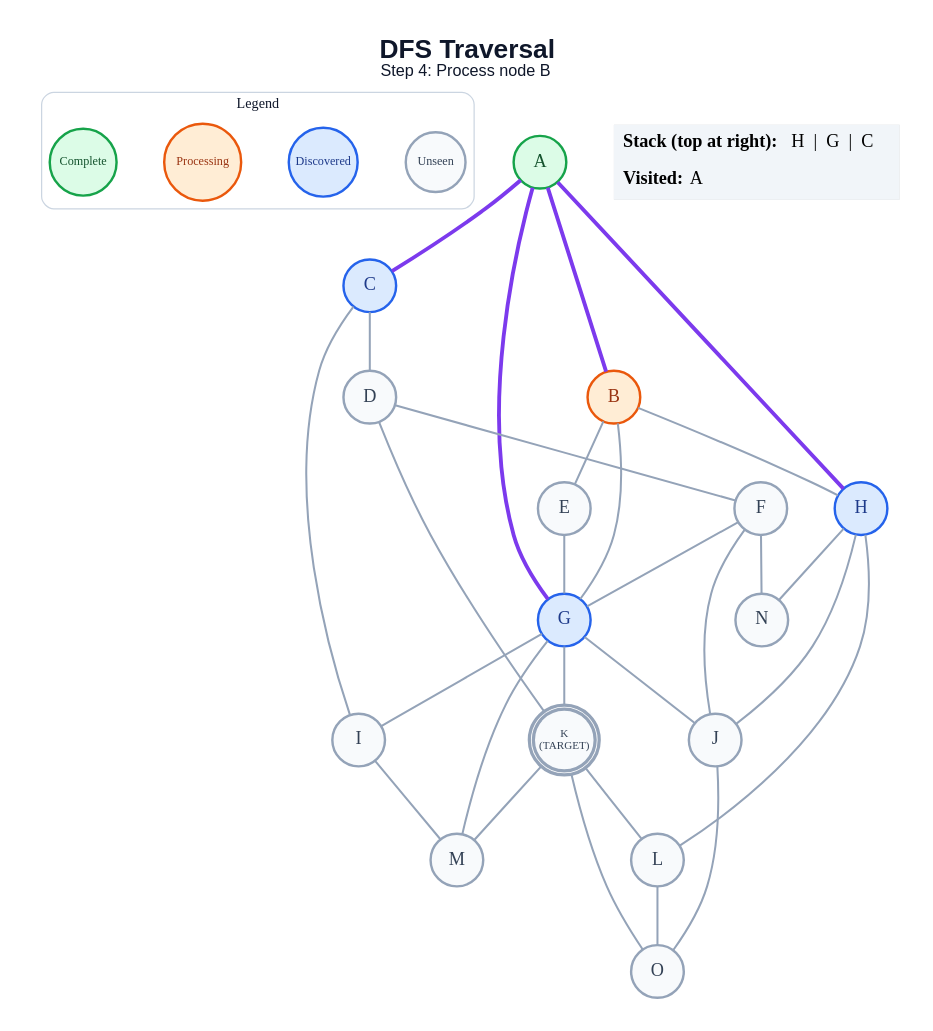
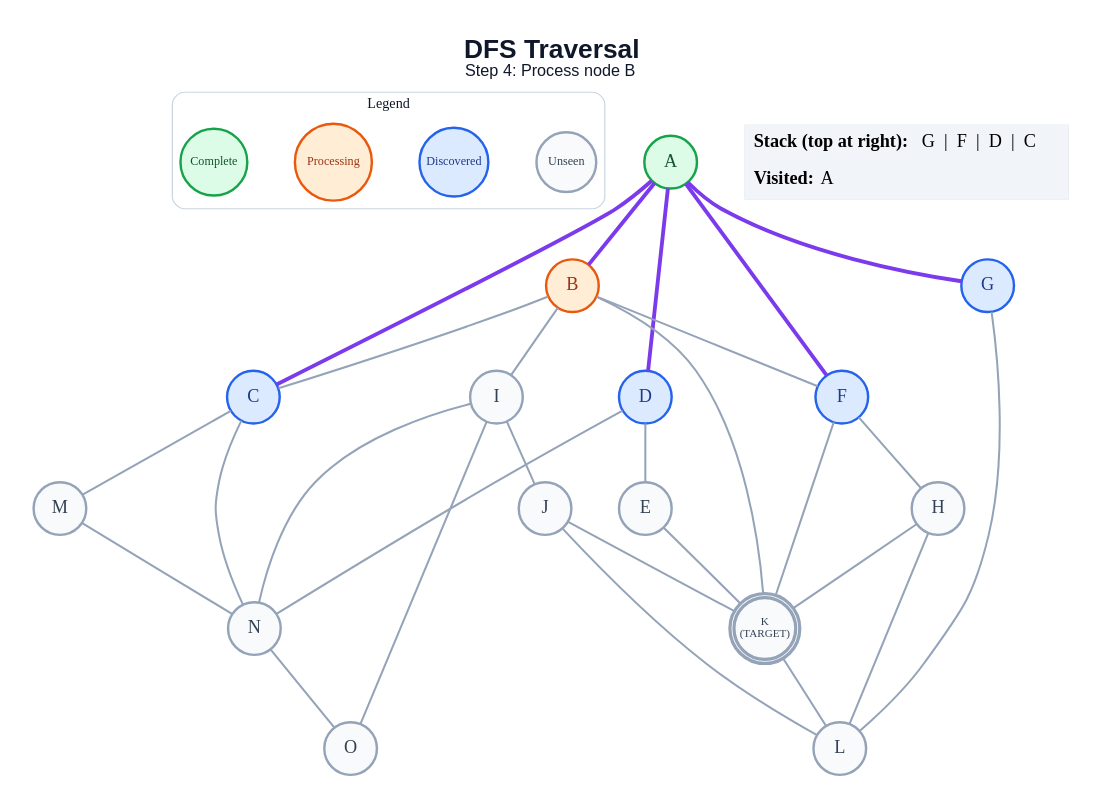
The diagram in generated/dfs/step_04.dot (anon7238593-create/ai-slop), drawn with Graphviz before and after one commit. The commit also changed 253 other files, not shown here.

```diff
--- a/generated/dfs/step_04.dot
+++ b/generated/dfs/step_04.dot
@@ -1,62 +1,61 @@
 graph traversal {
   graph [layout=dot, rankdir=TB, bgcolor="#FFFFFF", pad="0.35", nodesep="0.65", ranksep="0.8", fontname="Arial"];
   node [shape=circle, style="filled", fontname="Arial Bold", fontsize=18, width=0.72, fixedsize=true, penwidth=2.4];
   edge [color="#94A3B8", penwidth=2.0];
   label=<<B>DFS Traversal</B><BR/><FONT POINT-SIZE="16">Step 4: Process node B</FONT>>; labelloc="t"; fontsize=26; fontname="Arial"; fontcolor="#0F172A";
   subgraph cluster_legend { label="Legend"; color="#CBD5E1"; penwidth=1.2; style="rounded"; fontsize=14; fontname="Arial Bold";
     key_unseen [label="Unseen", fillcolor="#F8FAFC", color="#94A3B8", fontcolor="#334155", fontsize=12, width=0.82];
     key_frontier [label="Discovered", fillcolor="#DBEAFE", color="#2563EB", fontcolor="#1E3A8A", fontsize=12, width=0.95];
     key_current [label="Processing", fillcolor="#FFEDD5", color="#EA580C", fontcolor="#9A3412", fontsize=12, width=1.05];
     key_done [label="Complete", fillcolor="#DCFCE7", color="#16A34A", fontcolor="#14532D", fontsize=12, width=0.92];
     { rank=same; key_unseen; key_frontier; key_current; key_done; }
   }
   A [label="A", fillcolor="#DCFCE7", color="#16A34A", fontcolor="#14532D", peripheries=1, penwidth=2.4];
   B [label="B", fillcolor="#FFEDD5", color="#EA580C", fontcolor="#9A3412", peripheries=1, penwidth=2.4];
   C [label="C", fillcolor="#DBEAFE", color="#2563EB", fontcolor="#1E3A8A", peripheries=1, penwidth=2.4];
-  D [label="D", fillcolor="#F8FAFC", color="#94A3B8", fontcolor="#334155", peripheries=1, penwidth=2.4];
+  D [label="D", fillcolor="#DBEAFE", color="#2563EB", fontcolor="#1E3A8A", peripheries=1, penwidth=2.4];
   E [label="E", fillcolor="#F8FAFC", color="#94A3B8", fontcolor="#334155", peripheries=1, penwidth=2.4];
-  F [label="F", fillcolor="#F8FAFC", color="#94A3B8", fontcolor="#334155", peripheries=1, penwidth=2.4];
+  F [label="F", fillcolor="#DBEAFE", color="#2563EB", fontcolor="#1E3A8A", peripheries=1, penwidth=2.4];
   G [label="G", fillcolor="#DBEAFE", color="#2563EB", fontcolor="#1E3A8A", peripheries=1, penwidth=2.4];
-  H [label="H", fillcolor="#DBEAFE", color="#2563EB", fontcolor="#1E3A8A", peripheries=1, penwidth=2.4];
+  H [label="H", fillcolor="#F8FAFC", color="#94A3B8", fontcolor="#334155", peripheries=1, penwidth=2.4];
   I [label="I", fillcolor="#F8FAFC", color="#94A3B8", fontcolor="#334155", peripheries=1, penwidth=2.4];
   J [label="J", fillcolor="#F8FAFC", color="#94A3B8", fontcolor="#334155", peripheries=1, penwidth=2.4];
   K [label="K\n(TARGET)", fillcolor="#F8FAFC", color="#94A3B8", fontcolor="#334155", peripheries=2, penwidth=3.2, fontsize=11, width=0.85, height=0.85];
   L [label="L", fillcolor="#F8FAFC", color="#94A3B8", fontcolor="#334155", peripheries=1, penwidth=2.4];
   M [label="M", fillcolor="#F8FAFC", color="#94A3B8", fontcolor="#334155", peripheries=1, penwidth=2.4];
   N [label="N", fillcolor="#F8FAFC", color="#94A3B8", fontcolor="#334155", peripheries=1, penwidth=2.4];
   O [label="O", fillcolor="#F8FAFC", color="#94A3B8", fontcolor="#334155", peripheries=1, penwidth=2.4];
   A -- B [color="#7C3AED", penwidth=3.8];
   A -- C [color="#7C3AED", penwidth=3.8];
+  A -- D [color="#7C3AED", penwidth=3.8];
+  A -- F [color="#7C3AED", penwidth=3.8];
   A -- G [color="#7C3AED", penwidth=3.8];
-  A -- H [color="#7C3AED", penwidth=3.8];
-  B -- E;
-  B -- G;
-  B -- H;
-  C -- D;
-  C -- I;
-  D -- F;
-  D -- K;
-  E -- G;
-  F -- G;
-  F -- J;
-  F -- N;
-  G -- I;
-  G -- J;
-  G -- K;
-  G -- M;
-  H -- J;
+  B -- C;
+  B -- F;
+  B -- I;
+  B -- K;
+  C -- M;
+  C -- N;
+  D -- E;
+  D -- N;
+  E -- K;
+  F -- H;
+  F -- K;
+  G -- L;
+  H -- K;
   H -- L;
-  H -- N;
-  I -- M;
-  J -- O;
+  I -- J;
+  I -- N;
+  I -- O;
+  J -- K;
+  J -- L;
   K -- L;
-  K -- M;
-  K -- O;
-  L -- O;
+  M -- N;
+  N -- O;
   status [shape=plain, fixedsize=false, width=0, height=0, margin=0, label=<
     <TABLE BORDER="0" CELLBORDER="0" CELLPADDING="7" BGCOLOR="#F1F5F9">
-      <TR><TD ALIGN="LEFT"><B>Stack (top at right):</B> H  |  G  |  C</TD></TR>
+      <TR><TD ALIGN="LEFT"><B>Stack (top at right):</B> G  |  F  |  D  |  C</TD></TR>
       <TR><TD ALIGN="LEFT"><B>Visited:</B> A</TD></TR>
     </TABLE>
   >];
 }
```
